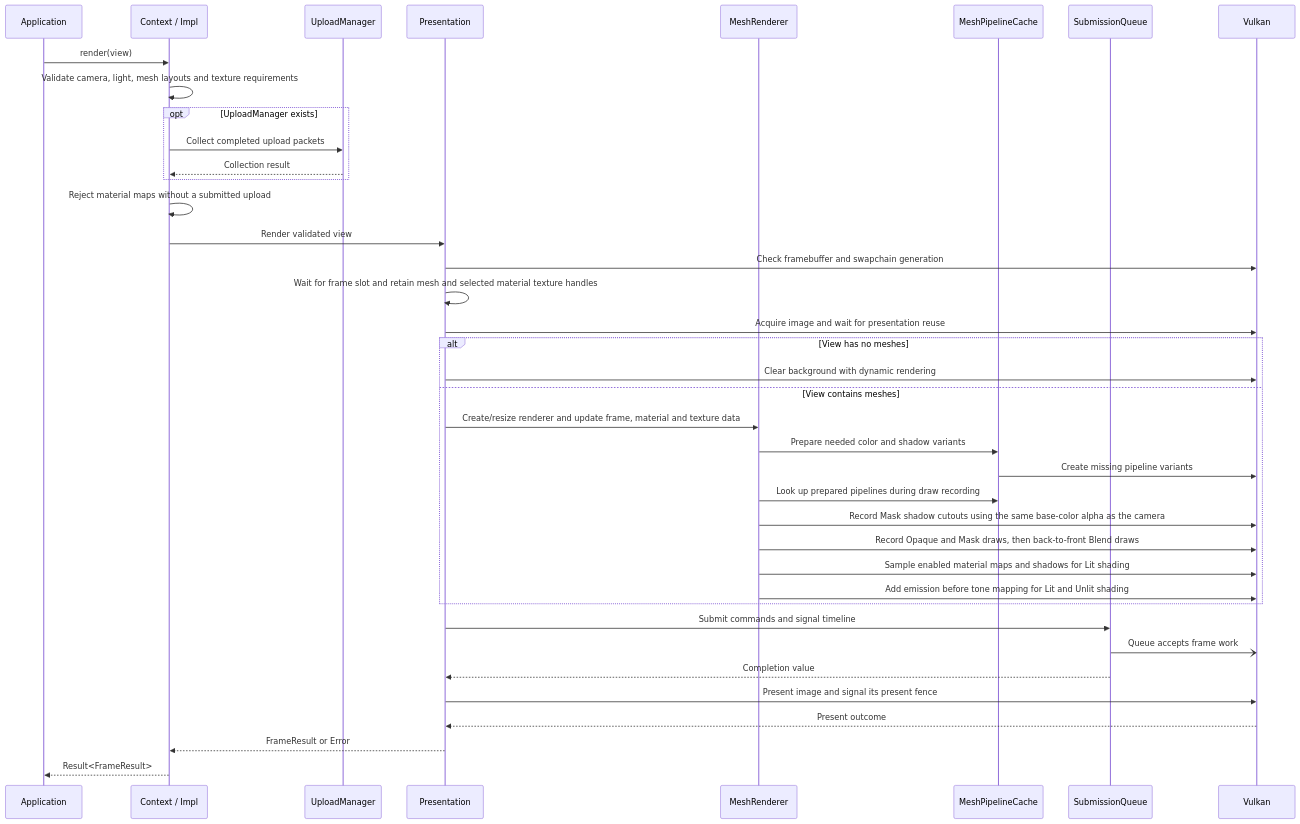
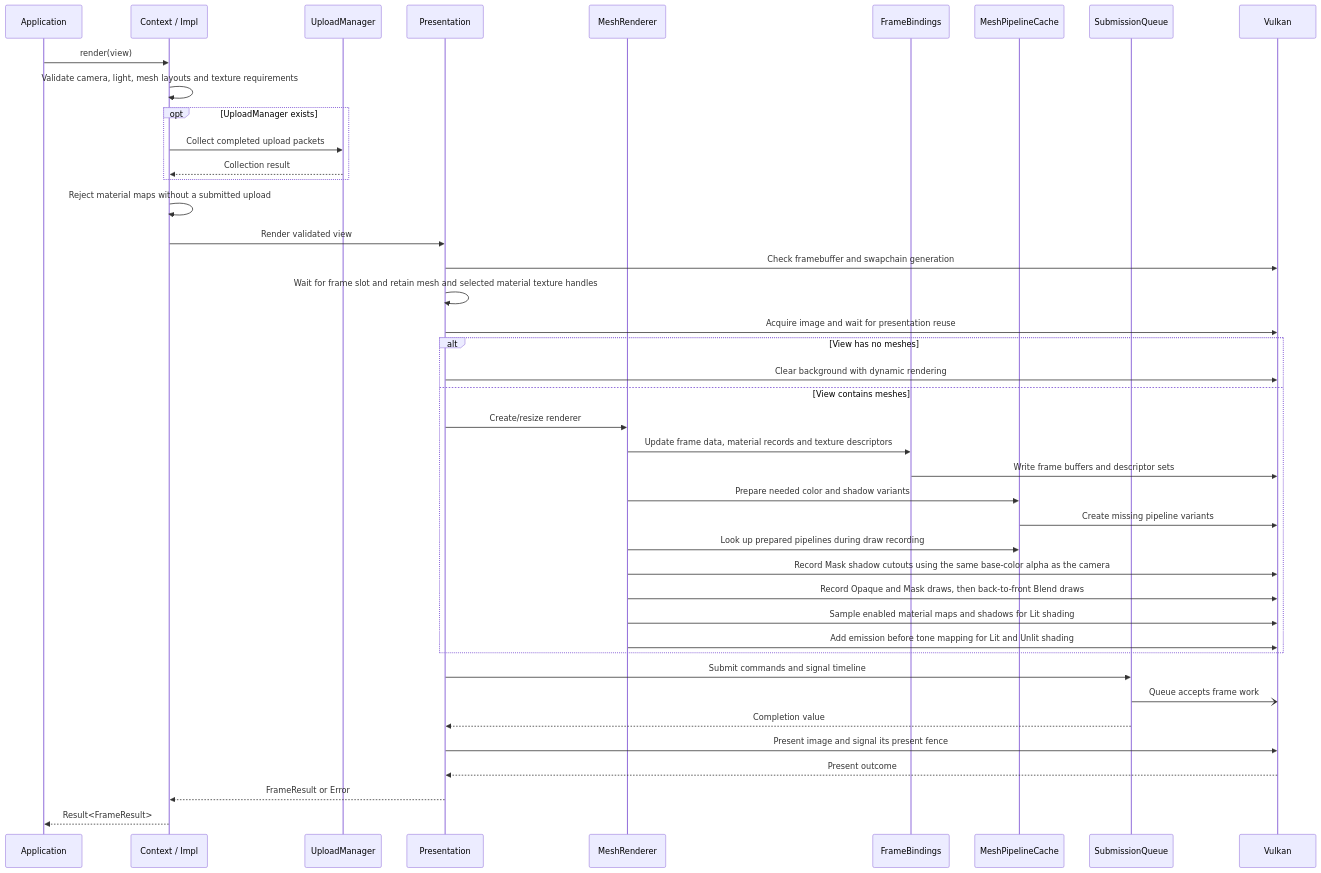
The diagram in docs/use-cases/render-view.md (a-soltysik/Panda), drawn with Mermaid before and after one commit. The commit also changed other lines of this file and 13 other files, not shown here.

First line of the commit message:
Extract per-frame GPU bindings from MeshRenderer (#109)

````diff
--- a/docs/use-cases/render-view.md
+++ b/docs/use-cases/render-view.md
@@ -78,41 +78,44 @@
 ```mermaid
 sequenceDiagram
     participant A as Application
     participant C as Context / Impl
     participant U as UploadManager
     participant P as Presentation
     participant R as MeshRenderer
+    participant B as FrameBindings
     participant K as MeshPipelineCache
     participant Q as SubmissionQueue
     participant V as Vulkan
     A->>C: render(view)
     C->>C: Validate camera, light, mesh layouts and texture requirements
     opt UploadManager exists
         C->>U: Collect completed upload packets
         U-->>C: Collection result
     end
     C->>C: Reject material maps without a submitted upload
     C->>P: Render validated view
     P->>V: Check framebuffer and swapchain generation
     P->>P: Wait for frame slot and retain mesh and selected material texture handles
     P->>V: Acquire image and wait for presentation reuse
     alt View has no meshes
         P->>V: Clear background with dynamic rendering
     else View contains meshes
-        P->>R: Create/resize renderer and update frame, material and texture data
+        P->>R: Create/resize renderer
+        R->>B: Update frame data, material records and texture descriptors
+        B->>V: Write frame buffers and descriptor sets
         R->>K: Prepare needed color and shadow variants
         K->>V: Create missing pipeline variants
         R->>K: Look up prepared pipelines during draw recording
         R->>V: Record Mask shadow cutouts using the same base-color alpha as the camera
         R->>V: Record Opaque and Mask draws, then back-to-front Blend draws
         R->>V: Sample enabled material maps and shadows for Lit shading
         R->>V: Add emission before tone mapping for Lit and Unlit shading
     end
     P->>Q: Submit commands and signal timeline
     Q-)V: Queue accepts frame work
     Q-->>P: Completion value
     P->>V: Present image and signal its present fence
     V-->>P: Present outcome
     P-->>C: FrameResult or Error
     C-->>A: Result<FrameResult>
 ```
````
